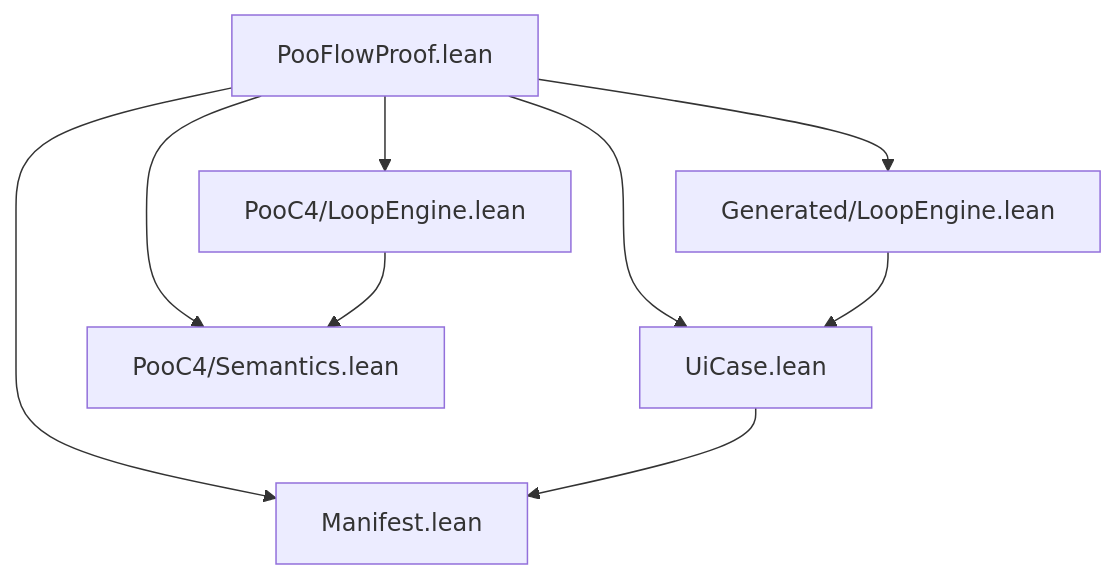
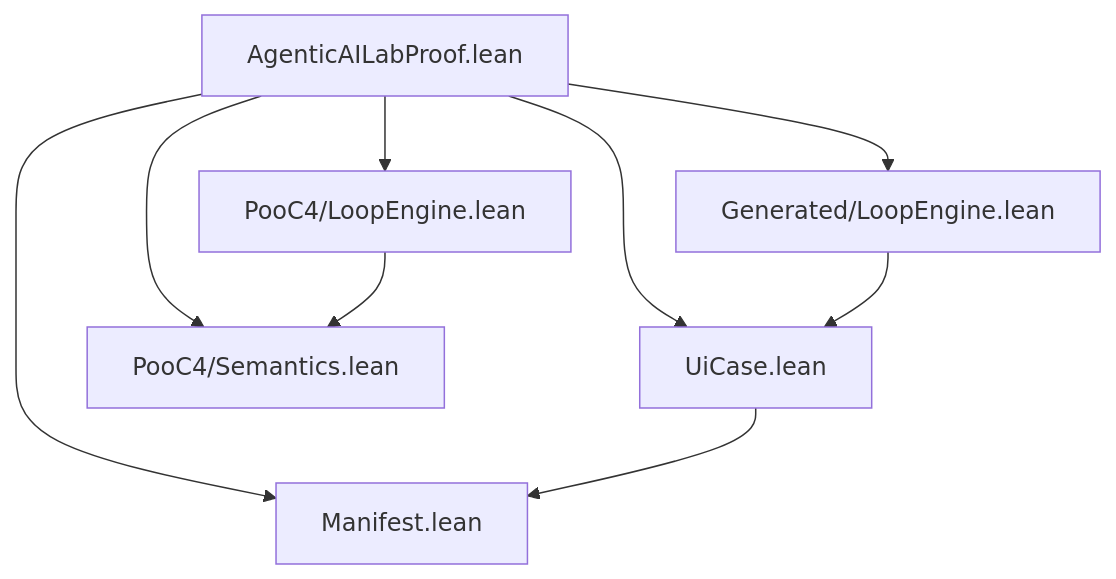
One commit to tao3k/gebril-yuanxu changed the first of 2 diagrams in module-system/design/57-pooc4-lean-proof-implementation.org. Above: the diagram before and after it, drawn with Mermaid. The commit also changed other lines of this file and 507 other files, not shown here.

```diff
--- a/module-system/design/57-pooc4-lean-proof-implementation.org
+++ b/module-system/design/57-pooc4-lean-proof-implementation.org
@@ -16,18 +16,18 @@
 #+begin_src mermaid
 flowchart TB
-  Root["PooFlowProof.lean"]
+  Root["AgenticAILabProof.lean"]
   Manifest["Manifest.lean"]
   UiCase["UiCase.lean"]
   Sem["PooC4/Semantics.lean"]
   Loop["PooC4/LoopEngine.lean"]
   Generated["Generated/LoopEngine.lean"]
 
   Root --> Manifest
   Root --> UiCase
   Root --> Sem
   Root --> Loop
   Root --> Generated
   UiCase --> Manifest
   Loop --> Sem
   Generated --> UiCase
 #+end_src
```
